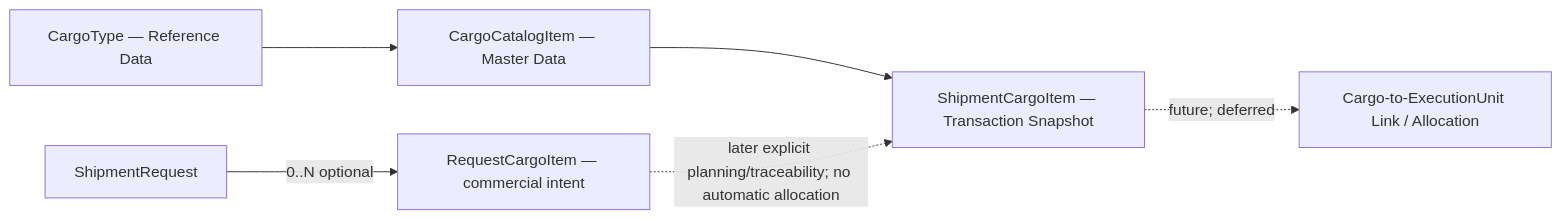
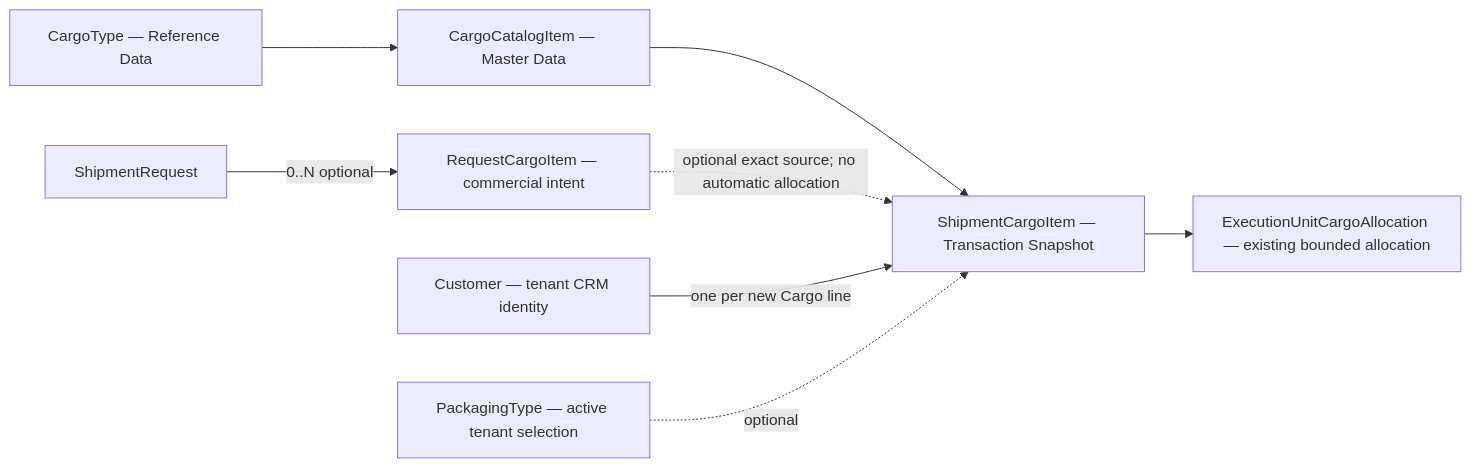
Before and after one commit to behtashnoori/forwarder: the fourth of 8 diagrams in docs/operational/FDM-001-forwarder-domain-map.md, drawn with Mermaid. The commit also changed other lines of this file and 53 other files, not shown here.

````diff
--- a/docs/operational/FDM-001-forwarder-domain-map.md
+++ b/docs/operational/FDM-001-forwarder-domain-map.md
@@ -60,7 +60,9 @@
 ```mermaid
 flowchart LR
   SR["ShipmentRequest"] -->|"0..N optional"| RI["RequestCargoItem — commercial intent"]
   CT["CargoType — Reference Data"] --> CC["CargoCatalogItem — Master Data"] --> SI["ShipmentCargoItem — Transaction Snapshot"]
-  RI -. "later explicit planning/traceability; no automatic allocation" .-> SI
-  SI -. "future; deferred" .-> AL["Cargo-to-ExecutionUnit Link / Allocation"]
+  RI -. "optional exact source; no automatic allocation" .-> SI
+  CU["Customer — tenant CRM identity"] -->|"one per new Cargo line"| SI
+  PK["PackagingType — active tenant selection"] -. "optional" .-> SI
+  SI --> AL["ExecutionUnitCargoAllocation — existing bounded allocation"]
 ```
````
